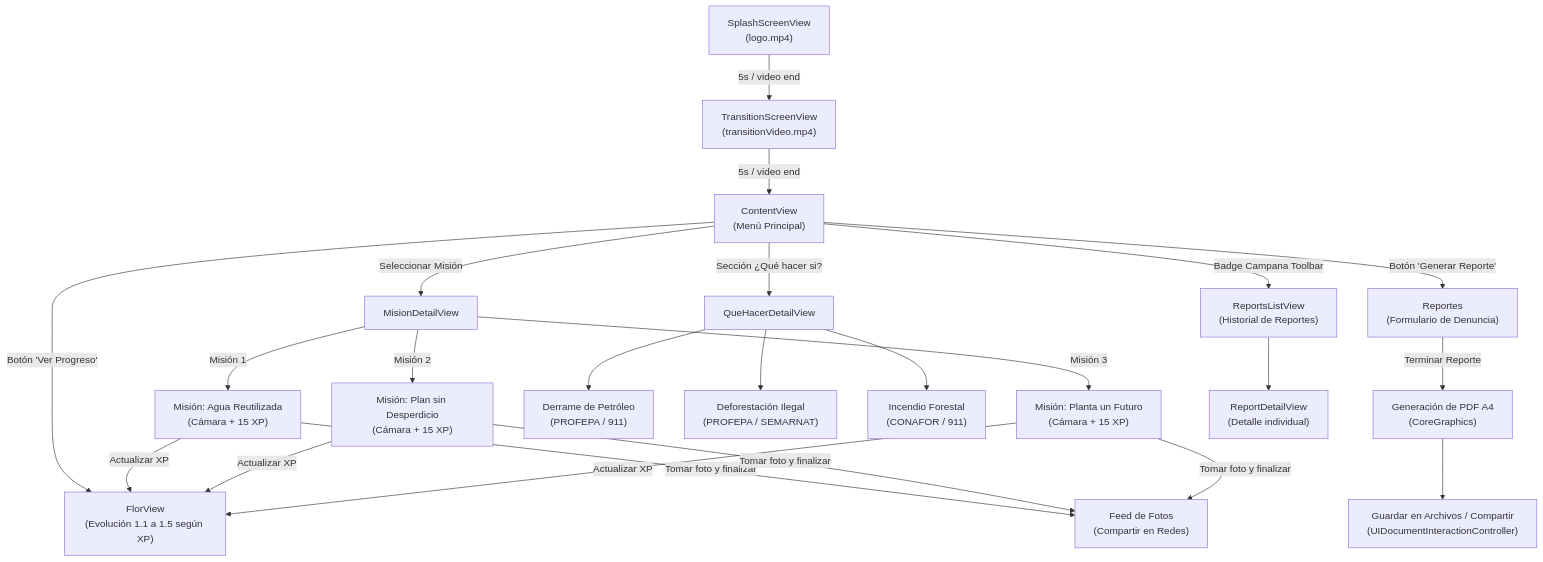
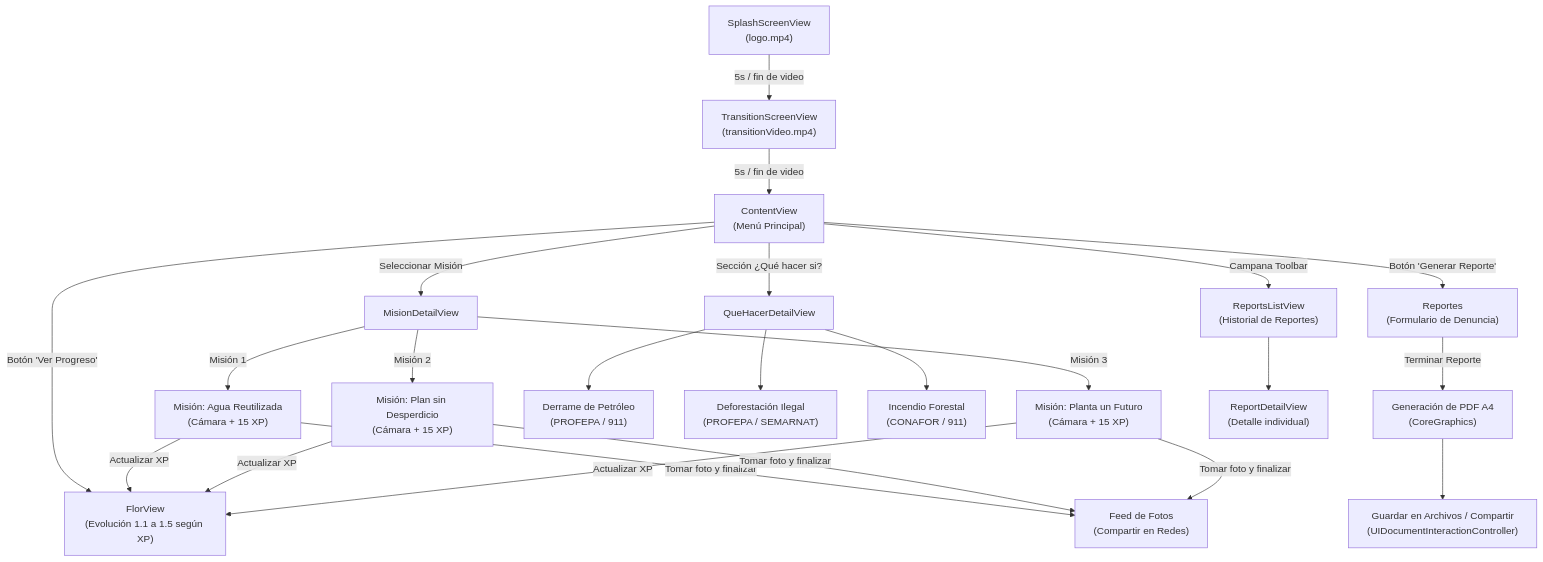
One commit to AngelGab3/LAMBDACODE-Bloom changed the first of 2 diagrams in README.md. Above: the diagram before and after it, drawn with Mermaid. The commit also changed other lines of this file and 1 other file, not shown here.

````diff
--- a/README.md
+++ b/README.md
@@ -150,27 +157,27 @@
 ```mermaid
 flowchart TD
-    A["SplashScreenView\n(logo.mp4)"] -->|"5s / video end"| B["TransitionScreenView\n(transitionVideo.mp4)"]
-    B -->|"5s / video end"| C["ContentView\n(Menú Principal)"]
+    A["SplashScreenView\n(logo.mp4)"] -->|"5s / fin de video"| B["TransitionScreenView\n(transitionVideo.mp4)"]
+    B -->|"5s / fin de video"| C["ContentView\n(Menú Principal)"]
     
     C -->|"Botón 'Ver Progreso'"| D["FlorView\n(Evolución 1.1 a 1.5 según XP)"]
     
     C -->|"Seleccionar Misión"| E["MisionDetailView"]
     E -->|"Misión 1"| F["Misión: Agua Reutilizada\n(Cámara + 15 XP)"]
     E -->|"Misión 2"| G["Misión: Plan sin Desperdicio\n(Cámara + 15 XP)"]
     E -->|"Misión 3"| H["Misión: Planta un Futuro\n(Cámara + 15 XP)"]
     
     F & G & H -->|"Tomar foto y finalizar"| I["Feed de Fotos\n(Compartir en Redes)"]
     F & G & H -->|"Actualizar XP"| D
     
     C -->|"Sección ¿Qué hacer si?"| J["QueHacerDetailView"]
     J --> K["Derrame de Petróleo\n(PROFEPA / 911)"]
     J --> L["Deforestación Ilegal\n(PROFEPA / SEMARNAT)"]
     J --> M["Incendio Forestal\n(CONAFOR / 911)"]
     
     C -->|"Botón 'Generar Reporte'"| N["Reportes\n(Formulario de Denuncia)"]
     N -->|"Terminar Reporte"| O["Generación de PDF A4\n(CoreGraphics)"]
     O --> P["Guardar en Archivos / Compartir\n(UIDocumentInteractionController)"]
     
-    C -->|"Badge Campana Toolbar"| Q["ReportsListView\n(Historial de Reportes)"]
+    C -->|"Campana Toolbar"| Q["ReportsListView\n(Historial de Reportes)"]
     Q --> R["ReportDetailView\n(Detalle individual)"]
 ```
````
